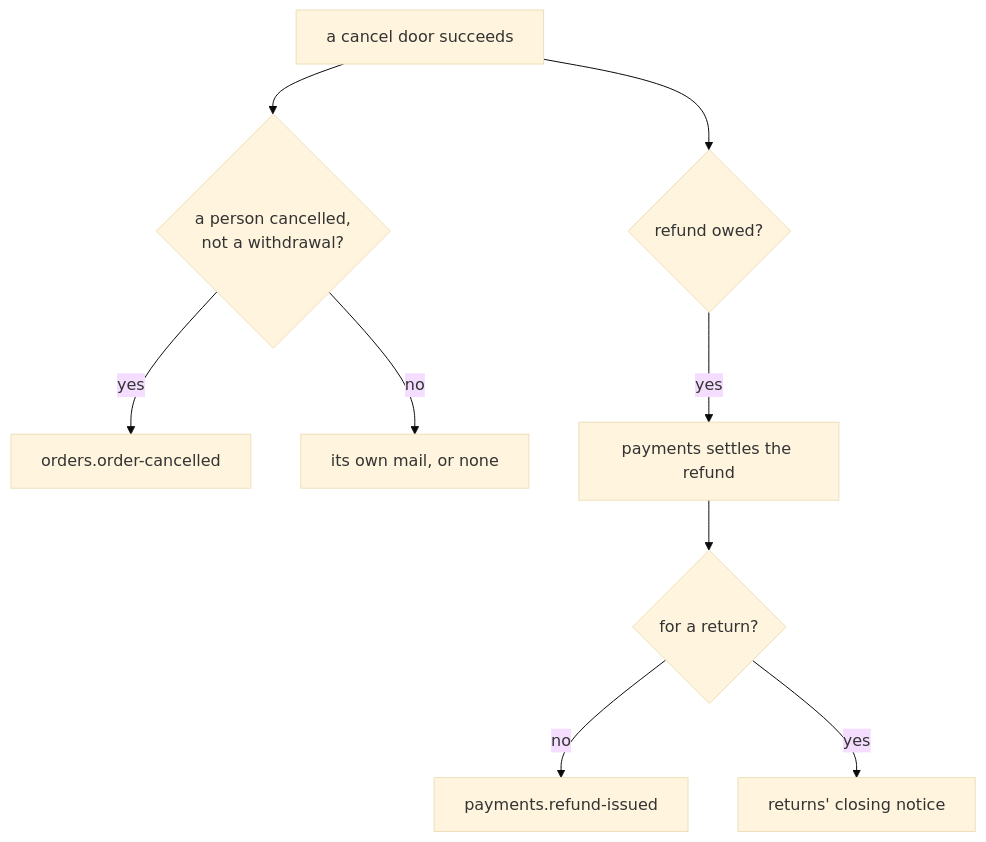
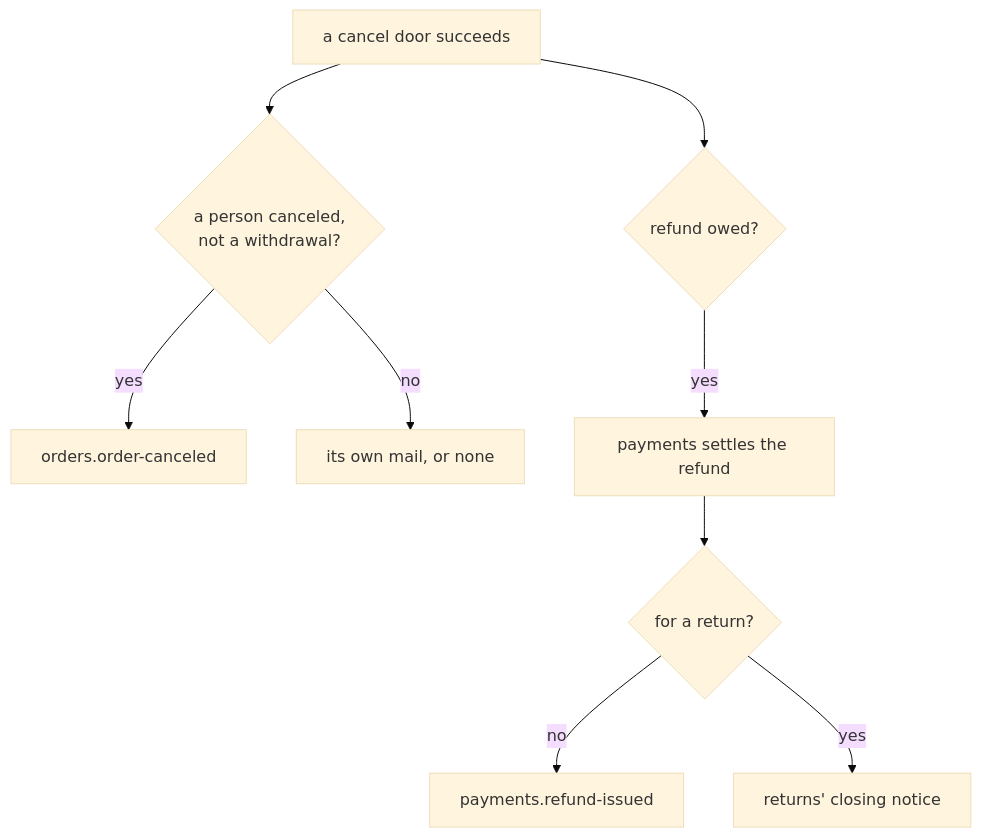
The eighth of 9 diagrams in docs/modules/orders.md (Guebbit/boilerplate-node-backend), drawn with Mermaid (base theme) before and after one commit. The commit also changed other lines of this file and 301 other files, not shown here.

````diff
--- a/docs/modules/orders.md
+++ b/docs/modules/orders.md
@@ -685,11 +685,11 @@
 ```mermaid
 flowchart TD
-    cancel["a cancel door succeeds"] --> person{"a person cancelled,<br/>not a withdrawal?"}
-    person -- yes --> cancelled["orders.order-cancelled"]
+    cancel["a cancel door succeeds"] --> person{"a person canceled,<br/>not a withdrawal?"}
+    person -- yes --> canceled["orders.order-canceled"]
     person -- no --> own["its own mail, or none"]
     cancel --> owed{"refund owed?"}
     owed -- yes --> refund["payments settles the refund"]
     refund --> ret{"for a return?"}
     ret -- no --> refunded["payments.refund-issued"]
     ret -- yes --> closed["returns' closing notice"]
 ```
````
